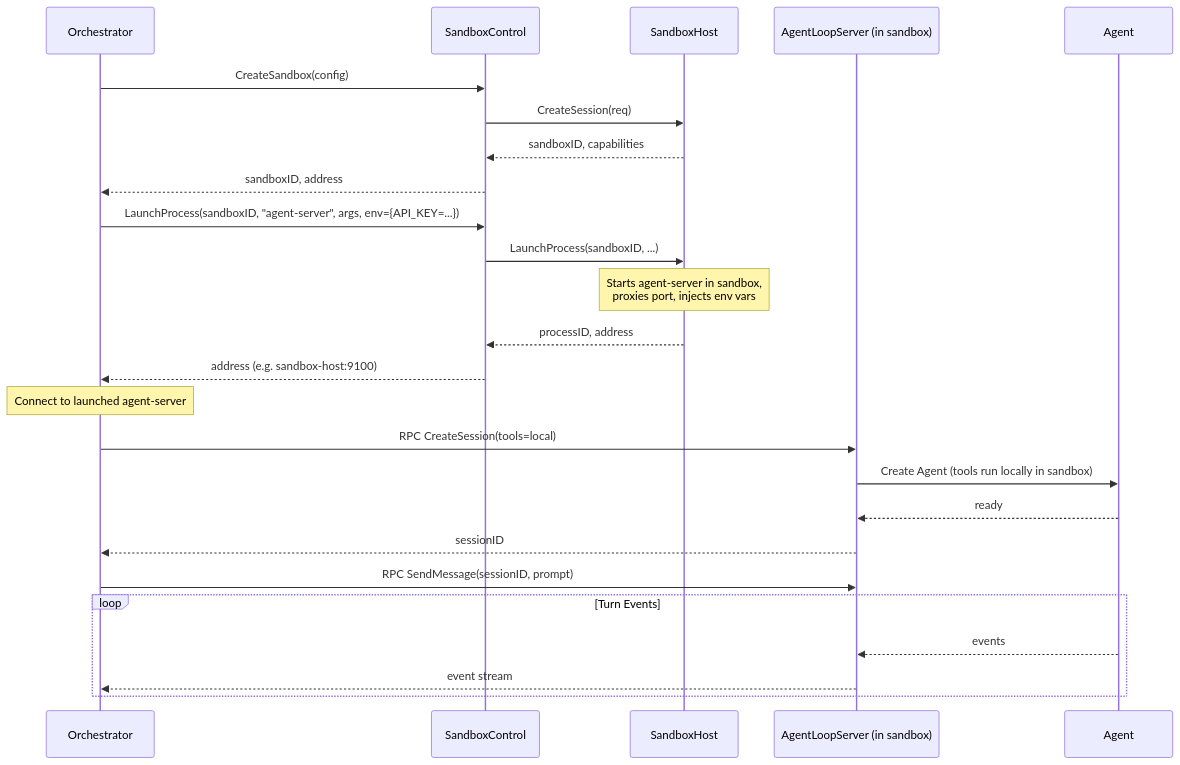
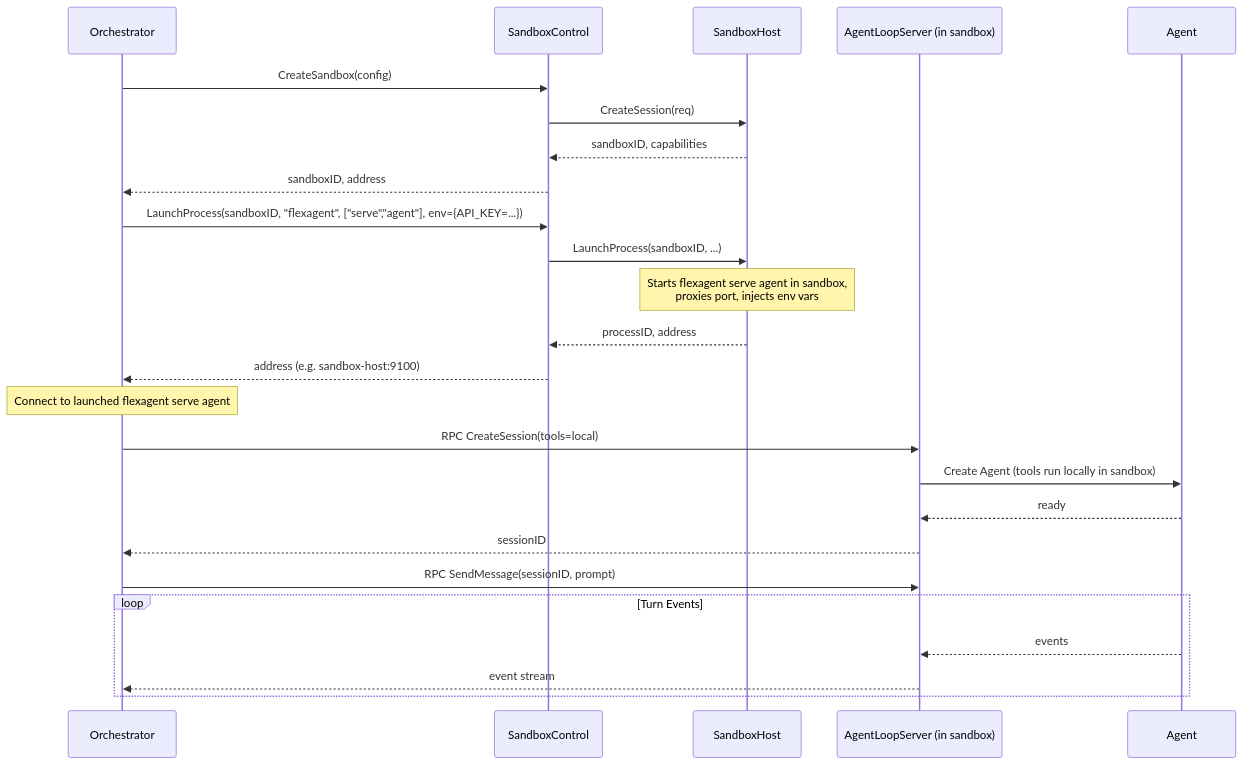
The fifth of 8 diagrams in docs/plans/18-agent-loop-rpc.md (dcosson/flex-agent-runtime), drawn with Mermaid before and after one commit. The commit also changed other lines of this file, not shown here.

First line of the commit message:
Update plan 18 to use unified flexagent binary with serve subcommands

````diff
--- a/docs/plans/18-agent-loop-rpc.md
+++ b/docs/plans/18-agent-loop-rpc.md
@@ -949,31 +955,31 @@
 ```mermaid
 sequenceDiagram
     participant O as Orchestrator
     participant SC as SandboxControl
     participant SH as SandboxHost
     participant ALS as AgentLoopServer (in sandbox)
     participant A as Agent
 
     O->>SC: CreateSandbox(config)
     SC->>SH: CreateSession(req)
     SH-->>SC: sandboxID, capabilities
     SC-->>O: sandboxID, address
 
-    O->>SC: LaunchProcess(sandboxID, "agent-server", args, env={API_KEY=...})
+    O->>SC: LaunchProcess(sandboxID, "flexagent", ["serve","agent"], env={API_KEY=...})
     SC->>SH: LaunchProcess(sandboxID, ...)
-    Note over SH: Starts agent-server in sandbox,<br/>proxies port, injects env vars
+    Note over SH: Starts flexagent serve agent in sandbox,<br/>proxies port, injects env vars
     SH-->>SC: processID, address
     SC-->>O: address (e.g. sandbox-host:9100)
 
-    Note over O: Connect to launched agent-server
+    Note over O: Connect to launched flexagent serve agent
     O->>ALS: RPC CreateSession(tools=local)
     ALS->>A: Create Agent (tools run locally in sandbox)
     A-->>ALS: ready
     ALS-->>O: sessionID
 
     O->>ALS: RPC SendMessage(sessionID, prompt)
     loop Turn Events
         A-->>ALS: events
         ALS-->>O: event stream
     end
 ```
````
